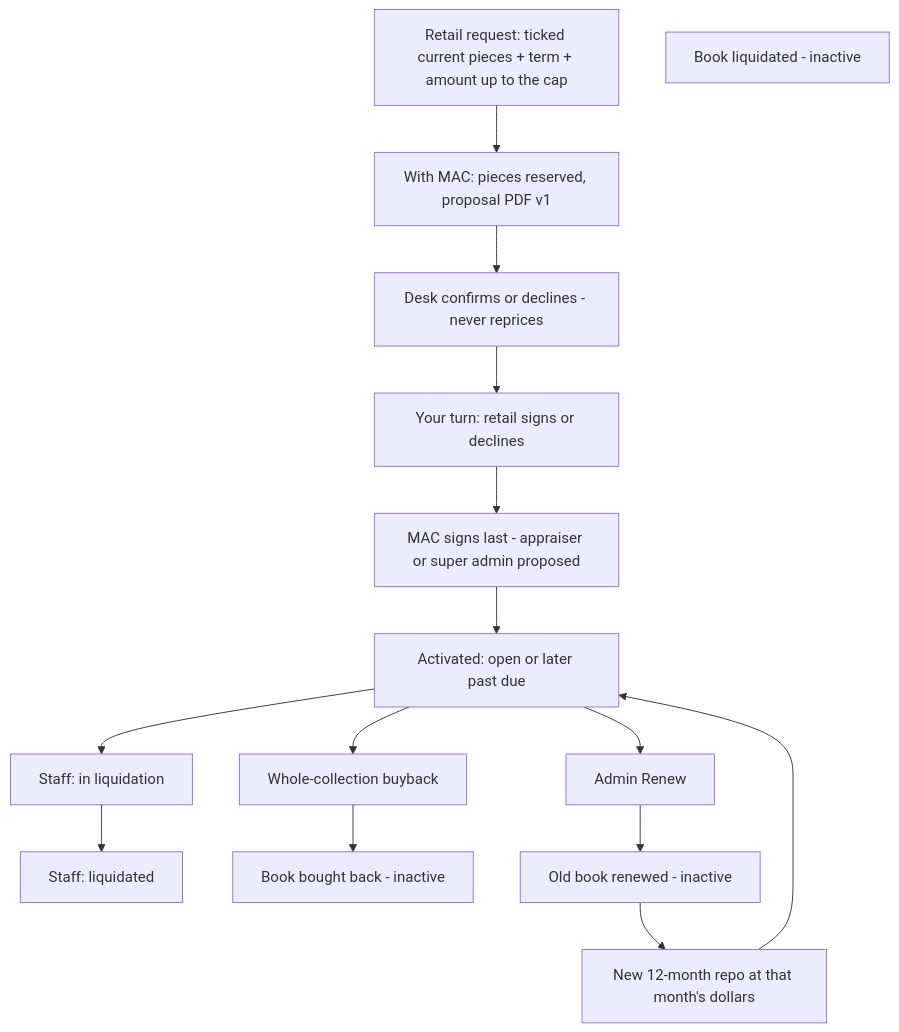
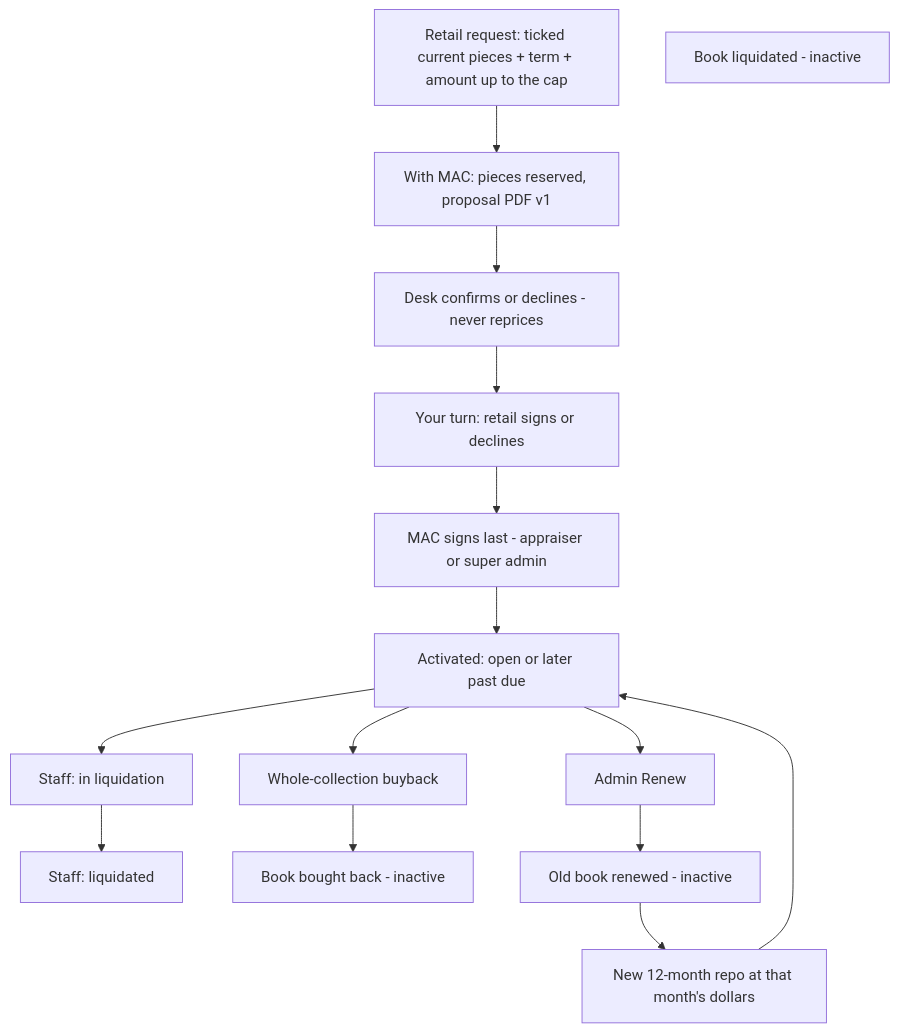
Before and after one commit to KIT-Capital/mac-app: the third of 4 diagrams in docs/workflows.md, drawn with Mermaid. The commit also changed other lines of this file and 13 other files, not shown here.

````diff
--- a/docs/workflows.md
+++ b/docs/workflows.md
@@ -111,31 +111,31 @@
 ```mermaid
 flowchart TD
   apply[Retail request: ticked current pieces + term + amount up to the cap]
   draft[With MAC: pieces reserved, proposal PDF v1]
   checks[Desk confirms or declines - never reprices]
   seller[Your turn: retail signs or declines]
-  mac[MAC signs last - appraiser or super admin proposed]
+  mac[MAC signs last - appraiser or super admin]
   active[Activated: open or later past due]
   buy[Whole-collection buyback]
   liqStart[Staff: in liquidation]
   liqDone[Staff: liquidated]
   renew[Admin Renew]
   doneBuy[Book bought back - inactive]
   doneLiq[Book liquidated - inactive]
   doneRen[Old book renewed - inactive]
   newRepo[New 12-month repo at that month's dollars]
 
   apply --> draft
   draft --> checks
   checks --> seller
   seller --> mac
   mac --> active
   active --> buy
   active --> liqStart
   active --> renew
   buy --> doneBuy
   liqStart --> liqDone
   renew --> doneRen
   doneRen --> newRepo
   newRepo --> active
 ```
````
